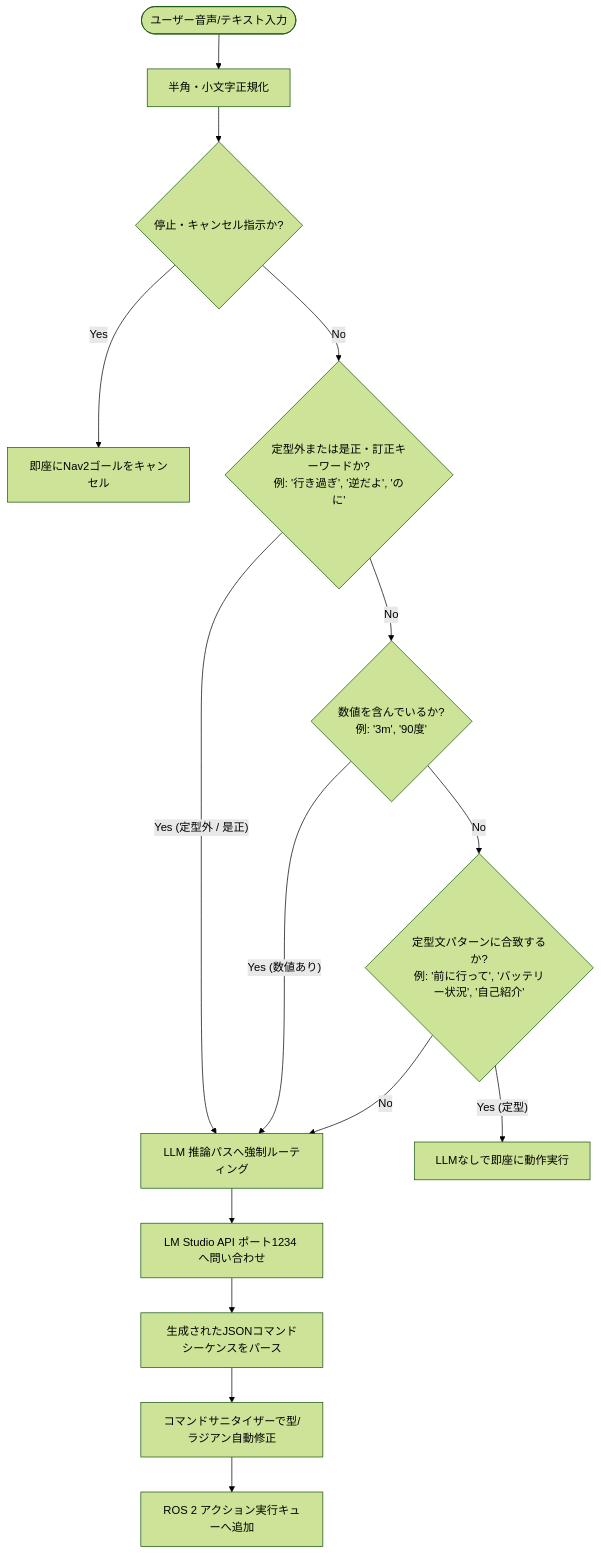
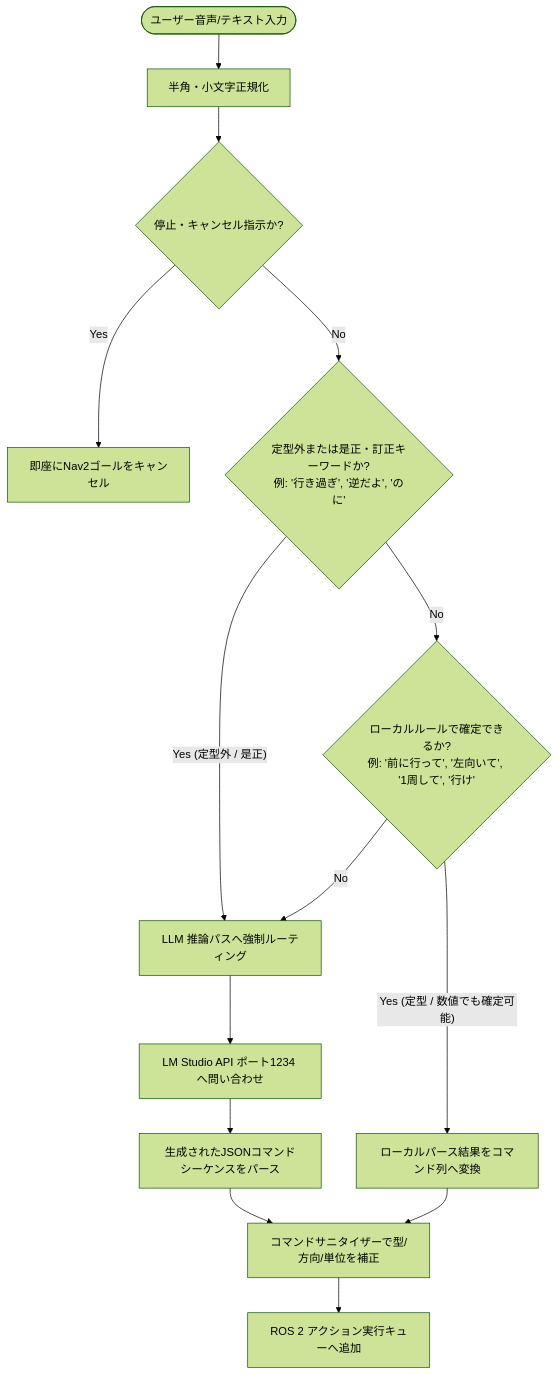
One commit to YakiFrog/sirius_navigation changed the diagram in sirius_navigation/dialogue/README.md. Above: the diagram before and after it, drawn with Mermaid (forest theme). The commit also changed other lines of this file, not shown here.

Commit message:
docs: update dialogue module README with current implementation details

````diff
--- a/sirius_navigation/dialogue/README.md
+++ b/sirius_navigation/dialogue/README.md
@@ -13,27 +13,24 @@
 ```mermaid
 graph TD
     User(["ユーザー音声/テキスト入力"]) --> Normalize["半角・小文字正規化"]
     Normalize --> CheckStop{"停止・キャンセル指示か?"}
     
     %% 停止処理
     CheckStop -->|"Yes"| Cancel["即座にNav2ゴールをキャンセル"]
     CheckStop -->|"No"| CheckCorr{"定型外または是正・訂正キーワードか?<br>例: '行き過ぎ', '逆だよ', 'のに'"}
     
     %% 是正チェック
     CheckCorr -->|"Yes (定型外 / 是正)"| LLMPath["LLM 推論パスへ強制ルーティング"]
-    CheckCorr -->|"No"| CheckNum{"数値を含んでいるか?<br>例: '3m', '90度'"}
+    CheckCorr -->|"No"| RuleParse{"ローカルルールで確定できるか?<br>例: '前に行って', '左向いて', '1周して', '行け'"}
     
-    %% 数値チェック
-    CheckNum -->|"Yes (数値あり)"| LLMPath
-    CheckNum -->|"No"| RuleBase{"定型文パターンに合致するか?<br>例: '前に行って', 'バッテリー状況', '自己紹介'"}
-    
-    %% ルールベース判定
-    RuleBase -->|"Yes (定型)"| ExecuteDirect["LLMなしで即座に動作実行"]
-    RuleBase -->|"No"| LLMPath
+    %% ローカルルール
+    RuleParse -->|"Yes (定型 / 数値でも確定可能)"| RuleParseOut["ローカルパース結果をコマンド列へ変換"]
+    RuleParse -->|"No"| LLMPath
     
     %% LLM処理
     LLMPath --> QueryLLM["LM Studio API ポート1234 へ問い合わせ"]
     QueryLLM --> ParseJSON["生成されたJSONコマンドシーケンスをパース"]
-    ParseJSON --> Sanitizer["コマンドサニタイザーで型/ラジアン自動修正"]
+    ParseJSON --> Sanitizer["コマンドサニタイザーで型/方向/単位を補正"]
+    RuleParseOut --> Sanitizer
     Sanitizer --> ExecuteQueue["ROS 2 アクション実行キューへ追加"]
 ```
````
